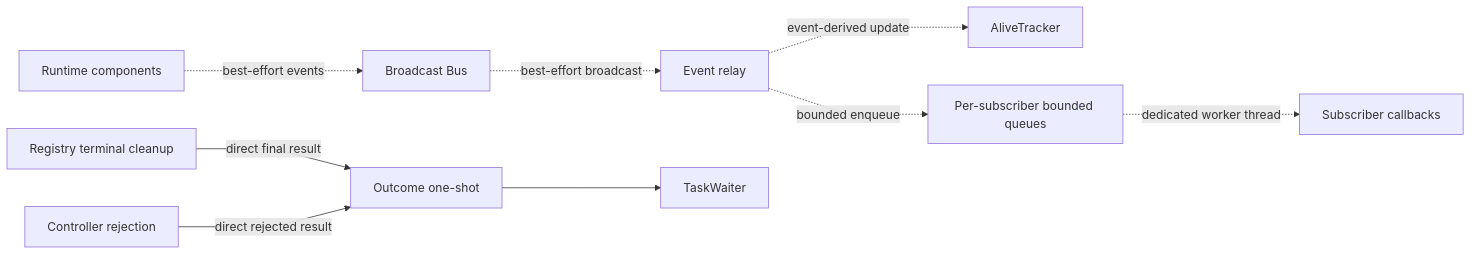
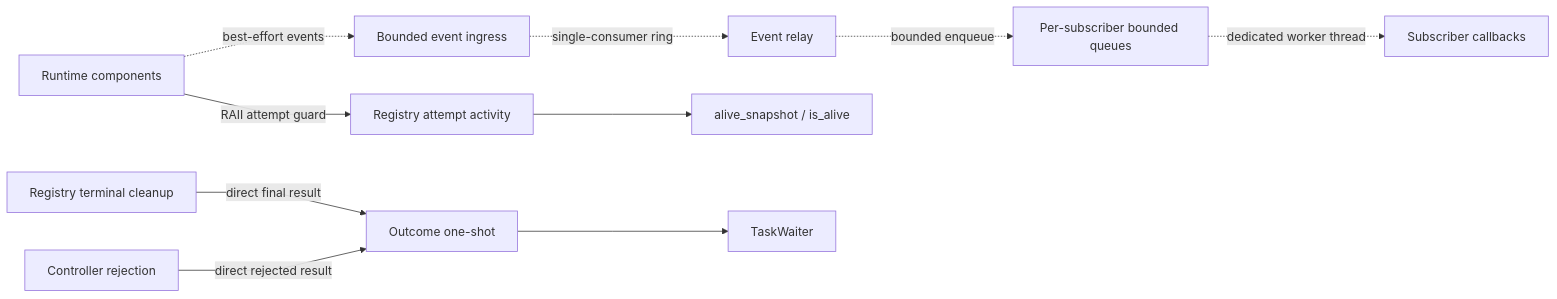
Before and after one commit to soltiHQ/taskvisor: the seventh of 10 diagrams in src/ARCHITECTURE.md, drawn with Mermaid. The commit also changed other lines of this file and 70 other files, not shown here.

````diff
--- a/src/ARCHITECTURE.md
+++ b/src/ARCHITECTURE.md
@@ -215,25 +217,29 @@
 ```mermaid
 %%{init: {"flowchart": {"curve": "linear"}}}%%
 flowchart LR
     Runtime["Runtime components"]
-    Bus["Broadcast Bus"]
+    Bus["Bounded event ingress"]
     Relay["Event relay"]
-    Alive["AliveTracker"]
     Queues["Per-subscriber bounded queues"]
     Subscribers["Subscriber callbacks"]
+
+    Activity["Registry attempt activity"]
+    Query["alive_snapshot / is_alive"]
 
     Cleanup["Registry terminal cleanup"]
     Reject["Controller rejection"]
     Outcome["Outcome one-shot"]
     Waiter["TaskWaiter"]
 
     Runtime -. best-effort events .-> Bus
-    Bus -. best-effort broadcast .-> Relay
-    Relay -. event-derived update .-> Alive
+    Bus -. single-consumer ring .-> Relay
     Relay -. bounded enqueue .-> Queues
     Queues -. dedicated worker thread .-> Subscribers
+
+    Runtime -->|RAII attempt guard| Activity
+    Activity --> Query
 
     Cleanup -->|direct final result| Outcome
     Reject -->|direct rejected result| Outcome
     Outcome --> Waiter
 ```
````
